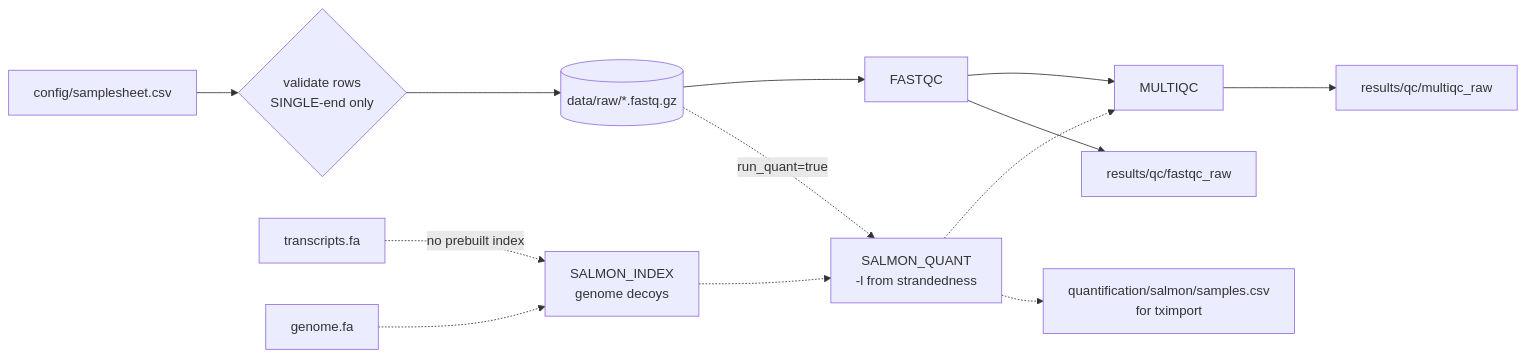
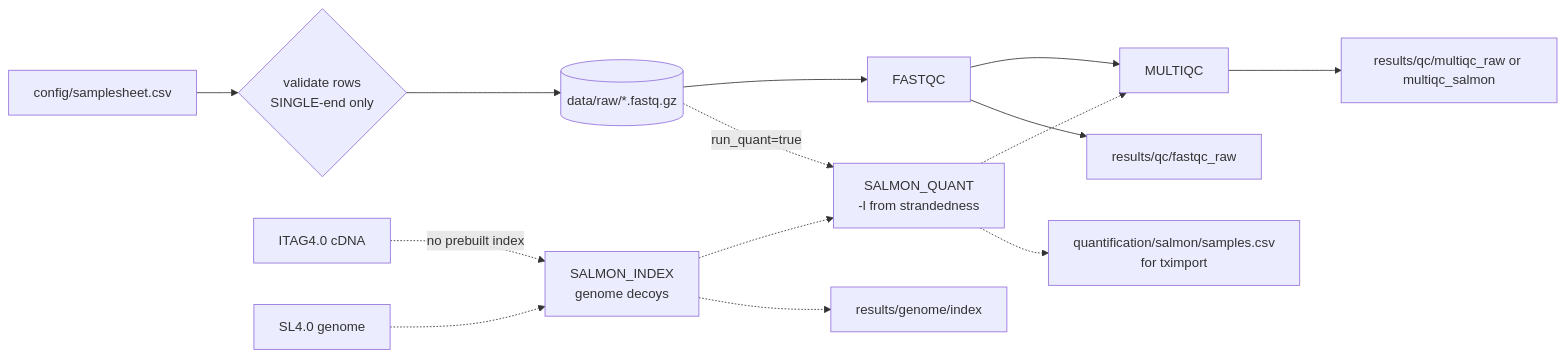
One commit to byjosh21442/STV-RNAseq changed the diagram in docs/nextflow_pipeline.md. Above: the diagram before and after it, drawn with Mermaid. The commit also changed other lines of this file and 33 other files, not shown here.

Commit message:
Phase 3: SL4.0/ITAG4.0 reference (manifest + validation), decoy-aware Salmon 2.7.0 index and quantification of 6 samples (all SR), tx2gene, tximport import check, methods references, README rewrite

````diff
--- a/docs/nextflow_pipeline.md
+++ b/docs/nextflow_pipeline.md
@@ -9,15 +9,16 @@
 ```mermaid
 flowchart LR
     S[config/samplesheet.csv] --> V{validate rows<br/>SINGLE-end only}
     V --> R[(data/raw/*.fastq.gz)]
     R --> F[FASTQC]
     F --> M[MULTIQC]
     R -. run_quant=true .-> Q[SALMON_QUANT<br/>-l from strandedness]
-    T[transcripts.fa] -. no prebuilt index .-> I[SALMON_INDEX<br/>genome decoys]
-    G[genome.fa] -.-> I
+    T[ITAG4.0 cDNA] -. no prebuilt index .-> I[SALMON_INDEX<br/>genome decoys]
+    G[SL4.0 genome] -.-> I
     I -.-> Q
+    I -.-> O4[results/genome/index]
     Q -.-> M
     Q -.-> X[quantification/salmon/samples.csv<br/>for tximport]
     F --> O1[results/qc/fastqc_raw]
-    M --> O2[results/qc/multiqc_raw]
+    M --> O2[results/qc/multiqc_raw or multiqc_salmon]
 ```
````
